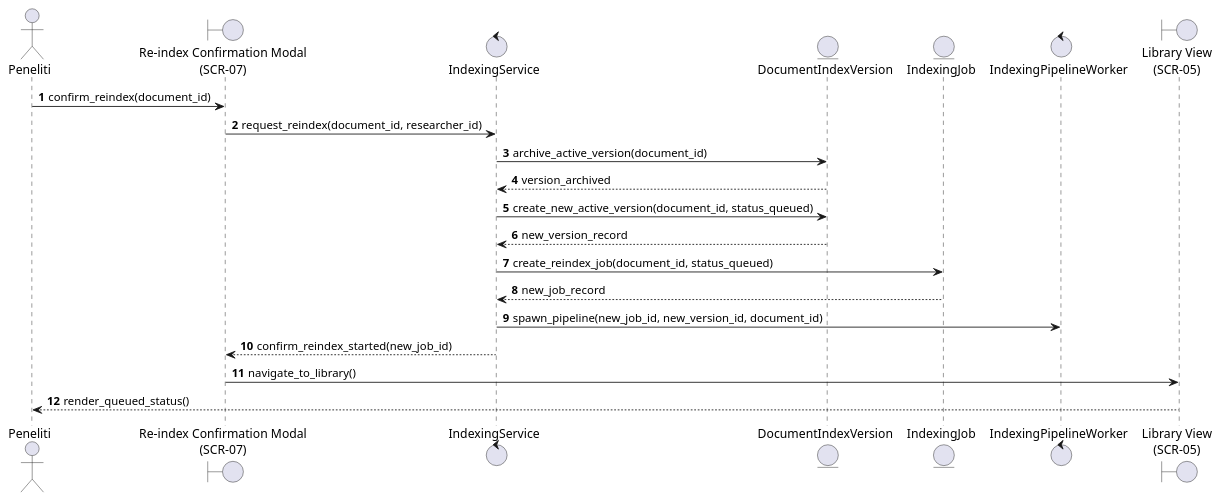
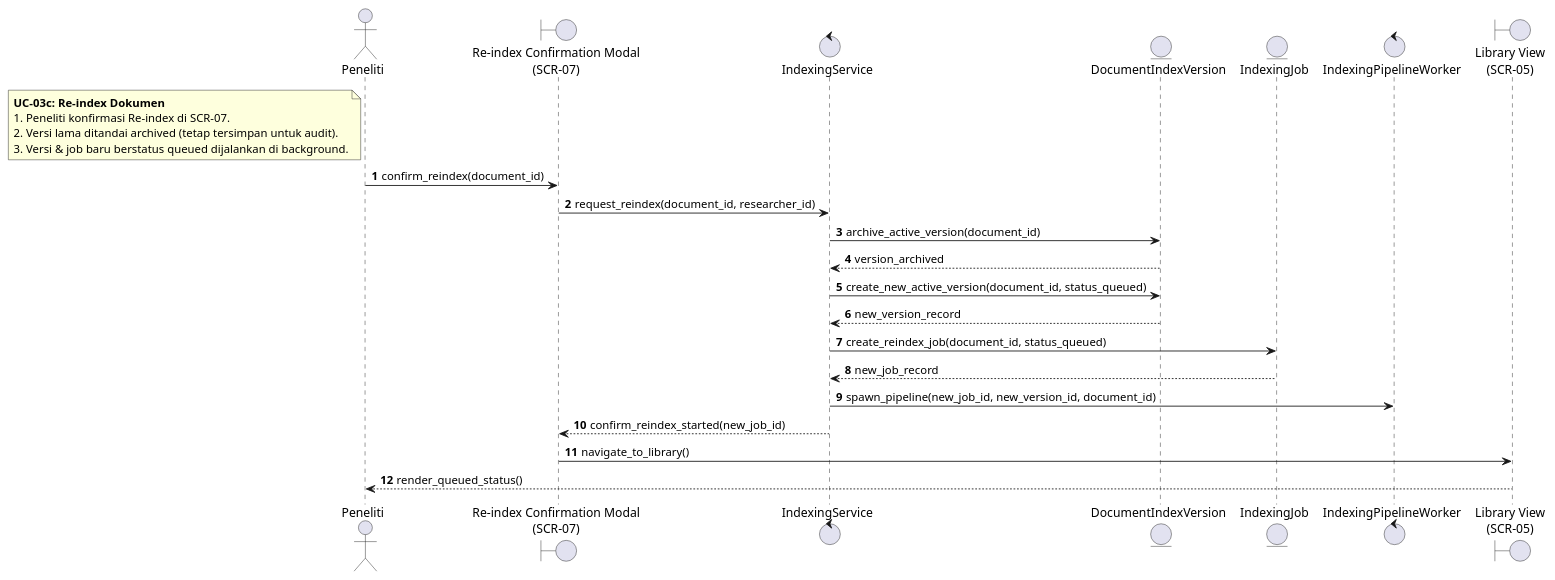
The fifth of 7 diagrams in specs/003-document-indexing-embedding/plan.md (Gzaa19/Telaah), drawn with PlantUML before and after one commit. The commit also changed other lines of this file and 11 other files, not shown here.

Commit message:
docs(iconix): align constitution, preset templates, and specs 001-004 diagrams

````diff
--- a/specs/003-document-indexing-embedding/plan.md
+++ b/specs/003-document-indexing-embedding/plan.md
@@ -613,27 +520,36 @@
 ```plantuml
 @startuml
+autoactivate off
 autonumber
+skinparam shadowing false
 skinparam responseMessageBelowArrow true
 
 actor "Peneliti" as Peneliti
 boundary "Re-index Confirmation Modal\n(SCR-07)" as ConfirmModal
 control "IndexingService" as IService
 entity "DocumentIndexVersion" as IndexVersion
 entity "IndexingJob" as IndexJob
 control "IndexingPipelineWorker" as Pipeline
 boundary "Library View\n(SCR-05)" as LibraryUI
+
+note left of Peneliti
+  <b>UC-03c: Re-index Dokumen</b>
+  1. Peneliti konfirmasi Re-index di SCR-07.
+  2. Versi lama ditandai archived (tetap tersimpan untuk audit).
+  3. Versi & job baru berstatus queued dijalankan di background.
+end note
 
 Peneliti -> ConfirmModal : confirm_reindex(document_id)
 ConfirmModal -> IService : request_reindex(document_id, researcher_id)
 IService -> IndexVersion : archive_active_version(document_id)
 IndexVersion --> IService : version_archived
 IService -> IndexVersion : create_new_active_version(document_id, status_queued)
 IndexVersion --> IService : new_version_record
 IService -> IndexJob : create_reindex_job(document_id, status_queued)
 IndexJob --> IService : new_job_record
 IService -> Pipeline : spawn_pipeline(new_job_id, new_version_id, document_id)
 IService --> ConfirmModal : confirm_reindex_started(new_job_id)
 ConfirmModal -> LibraryUI : navigate_to_library()
 LibraryUI --> Peneliti : render_queued_status()
 @enduml
 ```
````
